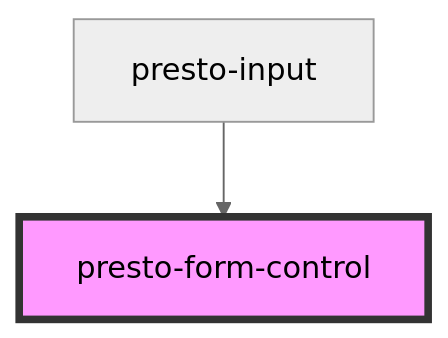
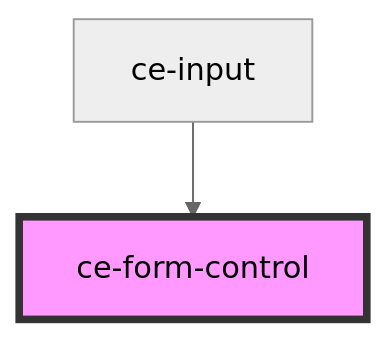
One commit to surecart/surecart-wp-plugin changed the diagram in packages/components/src/components/ui/form-control/readme.md. Above: the diagram before and after it, drawn with Mermaid (neutral theme). The commit also changed other lines of this file and 292 other files, not shown here.

````diff
--- a/packages/components/src/components/ui/form-control/readme.md
+++ b/packages/components/src/components/ui/form-control/readme.md
@@ -37,5 +33,5 @@
 ```mermaid
 graph TD;
-  presto-input --> presto-form-control
-  style presto-form-control fill:#f9f,stroke:#333,stroke-width:4px
+  ce-input --> ce-form-control
+  style ce-form-control fill:#f9f,stroke:#333,stroke-width:4px
 ```
````
